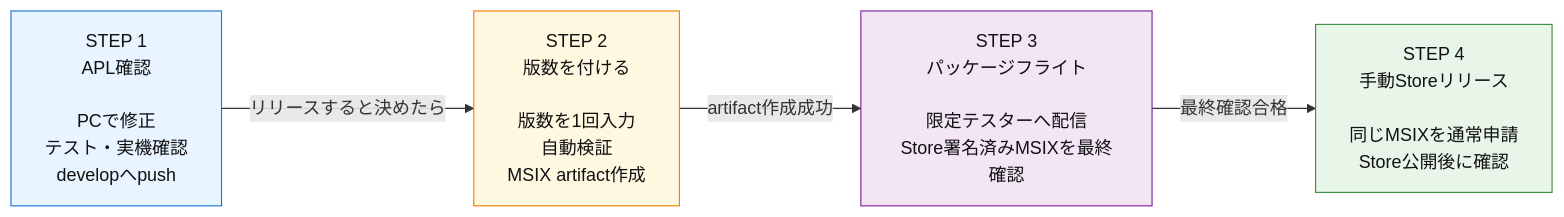
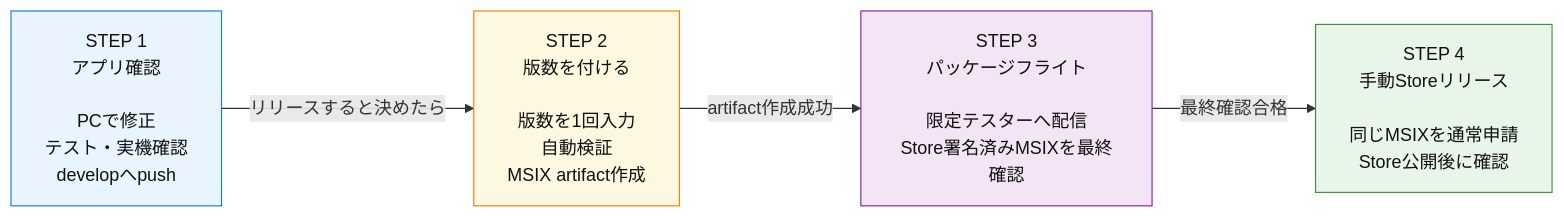
The diagram in docs/010_RELEASE.md (ore-no-fusen/ore-no-fusen), drawn with Mermaid before and after one commit. The commit also changed other lines of this file and 4 other files, not shown here.

````diff
--- a/docs/010_RELEASE.md
+++ b/docs/010_RELEASE.md
@@ -7,16 +7,16 @@
 ```mermaid
 flowchart LR
-    A["STEP 1<br/>APL確認<br/><br/>PCで修正<br/>テスト・実機確認<br/>developへpush"]
+    A["STEP 1<br/>アプリ確認<br/><br/>PCで修正<br/>テスト・実機確認<br/>developへpush"]
     B["STEP 2<br/>版数を付ける<br/><br/>版数を1回入力<br/>自動検証<br/>MSIX artifact作成"]
     C["STEP 3<br/>パッケージフライト<br/><br/>限定テスターへ配信<br/>Store署名済みMSIXを最終確認"]
     D["STEP 4<br/>手動Storeリリース<br/><br/>同じMSIXを通常申請<br/>Store公開後に確認"]
 
     A -->|リリースすると決めたら| B
     B -->|artifact作成成功| C
     C -->|最終確認合格| D
 
     style A fill:#e8f4ff,stroke:#1976d2,color:#111
     style B fill:#fff8e1,stroke:#f57c00,color:#111
     style C fill:#f3e5f5,stroke:#7b1fa2,color:#111
     style D fill:#e8f5e9,stroke:#388e3c,color:#111
 ```
````
